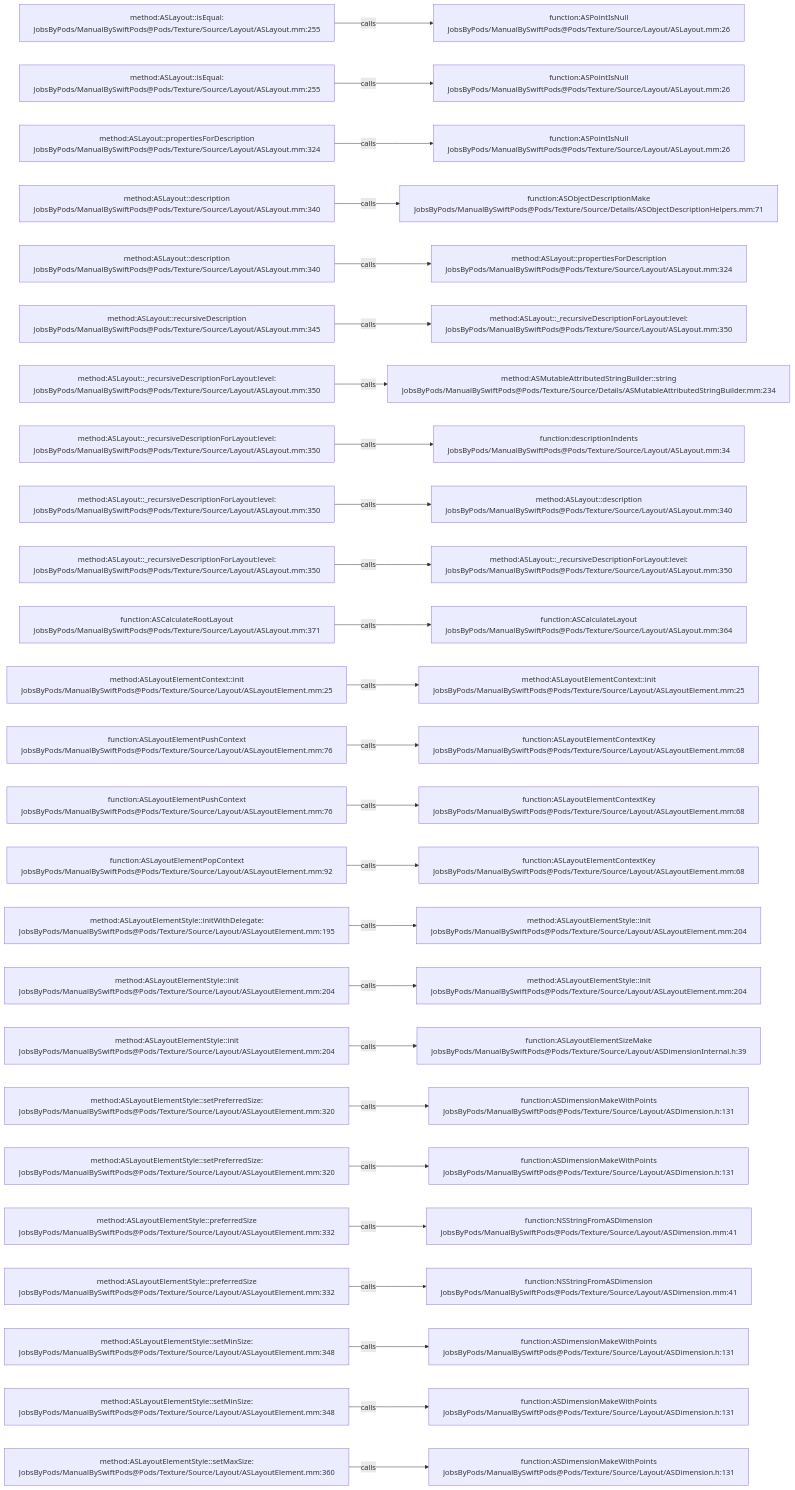
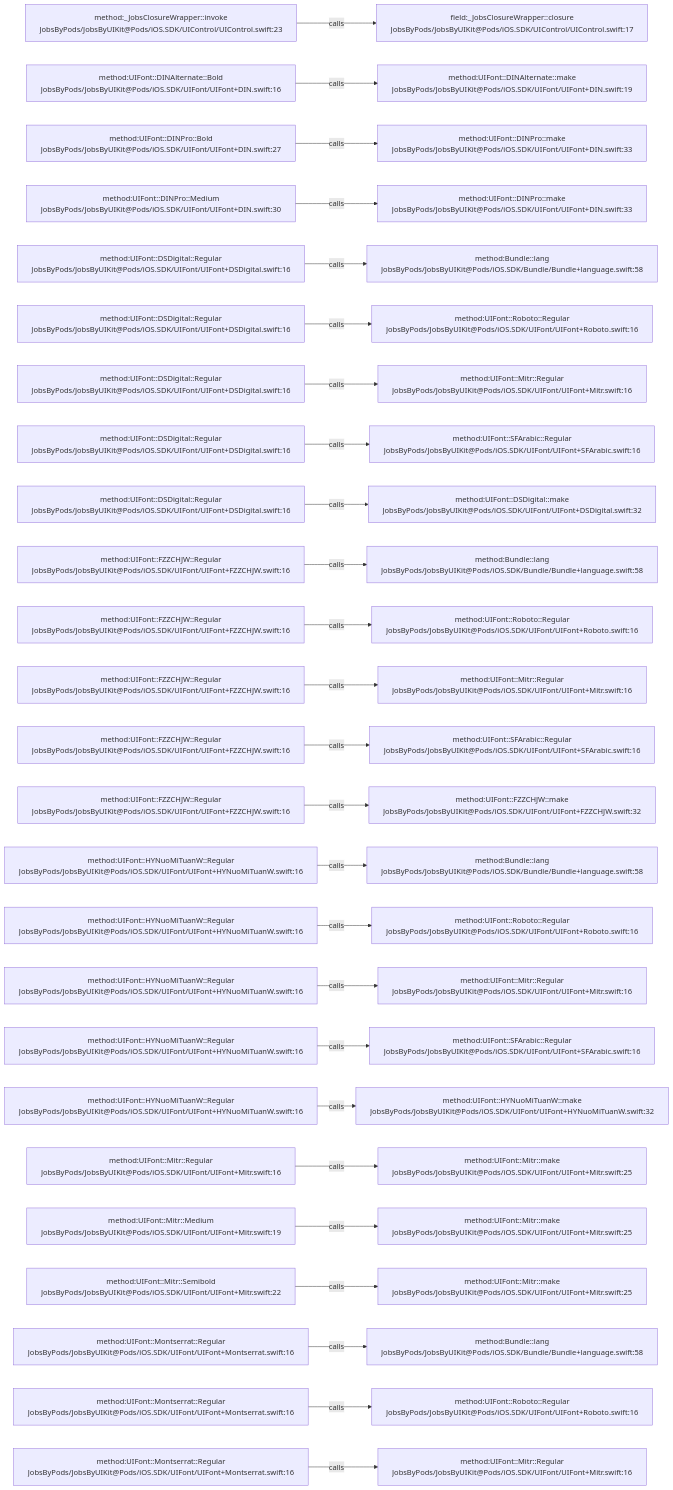
Before and after one commit to JobsKits/JobsSwiftBaseConfigDemo: the diagram in .codegraph/codegraph.md/graphs/calls-109.md, drawn with Mermaid. The commit also changed 224 other files, not shown here.

````diff
--- a/.codegraph/codegraph.md/graphs/calls-109.md
+++ b/.codegraph/codegraph.md/graphs/calls-109.md
@@ -13,78 +13,78 @@
 ```mermaid
 flowchart LR
-  S1["method:ASLayout::isEqual:<br/>JobsByPods/ManualBySwiftPods@Pods/Texture/Source/Layout/ASLayout.mm:255"]
-  T1["function:ASPointIsNull<br/>JobsByPods/ManualBySwiftPods@Pods/Texture/Source/Layout/ASLayout.mm:26"]
+  S1["method:_JobsClosureWrapper::invoke<br/>JobsByPods/JobsByUIKit@Pods/iOS.SDK/UIControl/UIControl.swift:23"]
+  T1["field:_JobsClosureWrapper::closure<br/>JobsByPods/JobsByUIKit@Pods/iOS.SDK/UIControl/UIControl.swift:17"]
   S1 -->|calls| T1
-  S2["method:ASLayout::isEqual:<br/>JobsByPods/ManualBySwiftPods@Pods/Texture/Source/Layout/ASLayout.mm:255"]
-  T2["function:ASPointIsNull<br/>JobsByPods/ManualBySwiftPods@Pods/Texture/Source/Layout/ASLayout.mm:26"]
+  S2["method:UIFont::DINAlternate::Bold<br/>JobsByPods/JobsByUIKit@Pods/iOS.SDK/UIFont/UIFont+DIN.swift:16"]
+  T2["method:UIFont::DINAlternate::make<br/>JobsByPods/JobsByUIKit@Pods/iOS.SDK/UIFont/UIFont+DIN.swift:19"]
   S2 -->|calls| T2
-  S3["method:ASLayout::propertiesForDescription<br/>JobsByPods/ManualBySwiftPods@Pods/Texture/Source/Layout/ASLayout.mm:324"]
-  T3["function:ASPointIsNull<br/>JobsByPods/ManualBySwiftPods@Pods/Texture/Source/Layout/ASLayout.mm:26"]
+  S3["method:UIFont::DINPro::Bold<br/>JobsByPods/JobsByUIKit@Pods/iOS.SDK/UIFont/UIFont+DIN.swift:27"]
+  T3["method:UIFont::DINPro::make<br/>JobsByPods/JobsByUIKit@Pods/iOS.SDK/UIFont/UIFont+DIN.swift:33"]
   S3 -->|calls| T3
-  S4["method:ASLayout::description<br/>JobsByPods/ManualBySwiftPods@Pods/Texture/Source/Layout/ASLayout.mm:340"]
-  T4["function:ASObjectDescriptionMake<br/>JobsByPods/ManualBySwiftPods@Pods/Texture/Source/Details/ASObjectDescriptionHelpers.mm:71"]
+  S4["method:UIFont::DINPro::Medium<br/>JobsByPods/JobsByUIKit@Pods/iOS.SDK/UIFont/UIFont+DIN.swift:30"]
+  T4["method:UIFont::DINPro::make<br/>JobsByPods/JobsByUIKit@Pods/iOS.SDK/UIFont/UIFont+DIN.swift:33"]
   S4 -->|calls| T4
-  S5["method:ASLayout::description<br/>JobsByPods/ManualBySwiftPods@Pods/Texture/Source/Layout/ASLayout.mm:340"]
-  T5["method:ASLayout::propertiesForDescription<br/>JobsByPods/ManualBySwiftPods@Pods/Texture/Source/Layout/ASLayout.mm:324"]
+  S5["method:UIFont::DSDigital::Regular<br/>JobsByPods/JobsByUIKit@Pods/iOS.SDK/UIFont/UIFont+DSDigital.swift:16"]
+  T5["method:Bundle::lang<br/>JobsByPods/JobsByUIKit@Pods/iOS.SDK/Bundle/Bundle+language.swift:58"]
   S5 -->|calls| T5
-  S6["method:ASLayout::recursiveDescription<br/>JobsByPods/ManualBySwiftPods@Pods/Texture/Source/Layout/ASLayout.mm:345"]
-  T6["method:ASLayout::_recursiveDescriptionForLayout:level:<br/>JobsByPods/ManualBySwiftPods@Pods/Texture/Source/Layout/ASLayout.mm:350"]
+  S6["method:UIFont::DSDigital::Regular<br/>JobsByPods/JobsByUIKit@Pods/iOS.SDK/UIFont/UIFont+DSDigital.swift:16"]
+  T6["method:UIFont::Roboto::Regular<br/>JobsByPods/JobsByUIKit@Pods/iOS.SDK/UIFont/UIFont+Roboto.swift:16"]
   S6 -->|calls| T6
-  S7["method:ASLayout::_recursiveDescriptionForLayout:level:<br/>JobsByPods/ManualBySwiftPods@Pods/Texture/Source/Layout/ASLayout.mm:350"]
-  T7["method:ASMutableAttributedStringBuilder::string<br/>JobsByPods/ManualBySwiftPods@Pods/Texture/Source/Details/ASMutableAttributedStringBuilder.mm:234"]
+  S7["method:UIFont::DSDigital::Regular<br/>JobsByPods/JobsByUIKit@Pods/iOS.SDK/UIFont/UIFont+DSDigital.swift:16"]
+  T7["method:UIFont::Mitr::Regular<br/>JobsByPods/JobsByUIKit@Pods/iOS.SDK/UIFont/UIFont+Mitr.swift:16"]
   S7 -->|calls| T7
-  S8["method:ASLayout::_recursiveDescriptionForLayout:level:<br/>JobsByPods/ManualBySwiftPods@Pods/Texture/Source/Layout/ASLayout.mm:350"]
-  T8["function:descriptionIndents<br/>JobsByPods/ManualBySwiftPods@Pods/Texture/Source/Layout/ASLayout.mm:34"]
+  S8["method:UIFont::DSDigital::Regular<br/>JobsByPods/JobsByUIKit@Pods/iOS.SDK/UIFont/UIFont+DSDigital.swift:16"]
+  T8["method:UIFont::SFArabic::Regular<br/>JobsByPods/JobsByUIKit@Pods/iOS.SDK/UIFont/UIFont+SFArabic.swift:16"]
   S8 -->|calls| T8
-  S9["method:ASLayout::_recursiveDescriptionForLayout:level:<br/>JobsByPods/ManualBySwiftPods@Pods/Texture/Source/Layout/ASLayout.mm:350"]
-  T9["method:ASLayout::description<br/>JobsByPods/ManualBySwiftPods@Pods/Texture/Source/Layout/ASLayout.mm:340"]
+  S9["method:UIFont::DSDigital::Regular<br/>JobsByPods/JobsByUIKit@Pods/iOS.SDK/UIFont/UIFont+DSDigital.swift:16"]
+  T9["method:UIFont::DSDigital::make<br/>JobsByPods/JobsByUIKit@Pods/iOS.SDK/UIFont/UIFont+DSDigital.swift:32"]
   S9 -->|calls| T9
-  S10["method:ASLayout::_recursiveDescriptionForLayout:level:<br/>JobsByPods/ManualBySwiftPods@Pods/Texture/Source/Layout/ASLayout.mm:350"]
-  T10["method:ASLayout::_recursiveDescriptionForLayout:level:<br/>JobsByPods/ManualBySwiftPods@Pods/Texture/Source/Layout/ASLayout.mm:350"]
+  S10["method:UIFont::FZZCHJW::Regular<br/>JobsByPods/JobsByUIKit@Pods/iOS.SDK/UIFont/UIFont+FZZCHJW.swift:16"]
+  T10["method:Bundle::lang<br/>JobsByPods/JobsByUIKit@Pods/iOS.SDK/Bundle/Bundle+language.swift:58"]
   S10 -->|calls| T10
-  S11["function:ASCalculateRootLayout<br/>JobsByPods/ManualBySwiftPods@Pods/Texture/Source/Layout/ASLayout.mm:371"]
-  T11["function:ASCalculateLayout<br/>JobsByPods/ManualBySwiftPods@Pods/Texture/Source/Layout/ASLayout.mm:364"]
+  S11["method:UIFont::FZZCHJW::Regular<br/>JobsByPods/JobsByUIKit@Pods/iOS.SDK/UIFont/UIFont+FZZCHJW.swift:16"]
+  T11["method:UIFont::Roboto::Regular<br/>JobsByPods/JobsByUIKit@Pods/iOS.SDK/UIFont/UIFont+Roboto.swift:16"]
   S11 -->|calls| T11
-  S12["method:ASLayoutElementContext::init<br/>JobsByPods/ManualBySwiftPods@Pods/Texture/Source/Layout/ASLayoutElement.mm:25"]
-  T12["method:ASLayoutElementContext::init<br/>JobsByPods/ManualBySwiftPods@Pods/Texture/Source/Layout/ASLayoutElement.mm:25"]
+  S12["method:UIFont::FZZCHJW::Regular<br/>JobsByPods/JobsByUIKit@Pods/iOS.SDK/UIFont/UIFont+FZZCHJW.swift:16"]
+  T12["method:UIFont::Mitr::Regular<br/>JobsByPods/JobsByUIKit@Pods/iOS.SDK/UIFont/UIFont+Mitr.swift:16"]
   S12 -->|calls| T12
-  S13["function:ASLayoutElementPushContext<br/>JobsByPods/ManualBySwiftPods@Pods/Texture/Source/Layout/ASLayoutElement.mm:76"]
-  T13["function:ASLayoutElementContextKey<br/>JobsByPods/ManualBySwiftPods@Pods/Texture/Source/Layout/ASLayoutElement.mm:68"]
+  S13["method:UIFont::FZZCHJW::Regular<br/>JobsByPods/JobsByUIKit@Pods/iOS.SDK/UIFont/UIFont+FZZCHJW.swift:16"]
+  T13["method:UIFont::SFArabic::Regular<br/>JobsByPods/JobsByUIKit@Pods/iOS.SDK/UIFont/UIFont+SFArabic.swift:16"]
   S13 -->|calls| T13
-  S14["function:ASLayoutElementPushContext<br/>JobsByPods/ManualBySwiftPods@Pods/Texture/Source/Layout/ASLayoutElement.mm:76"]
-  T14["function:ASLayoutElementContextKey<br/>JobsByPods/ManualBySwiftPods@Pods/Texture/Source/Layout/ASLayoutElement.mm:68"]
+  S14["method:UIFont::FZZCHJW::Regular<br/>JobsByPods/JobsByUIKit@Pods/iOS.SDK/UIFont/UIFont+FZZCHJW.swift:16"]
+  T14["method:UIFont::FZZCHJW::make<br/>JobsByPods/JobsByUIKit@Pods/iOS.SDK/UIFont/UIFont+FZZCHJW.swift:32"]
   S14 -->|calls| T14
-  S15["function:ASLayoutElementPopContext<br/>JobsByPods/ManualBySwiftPods@Pods/Texture/Source/Layout/ASLayoutElement.mm:92"]
-  T15["function:ASLayoutElementContextKey<br/>JobsByPods/ManualBySwiftPods@Pods/Texture/Source/Layout/ASLayoutElement.mm:68"]
+  S15["method:UIFont::HYNuoMiTuanW::Regular<br/>JobsByPods/JobsByUIKit@Pods/iOS.SDK/UIFont/UIFont+HYNuoMiTuanW.swift:16"]
+  T15["method:Bundle::lang<br/>JobsByPods/JobsByUIKit@Pods/iOS.SDK/Bundle/Bundle+language.swift:58"]
   S15 -->|calls| T15
-  S16["method:ASLayoutElementStyle::initWithDelegate:<br/>JobsByPods/ManualBySwiftPods@Pods/Texture/Source/Layout/ASLayoutElement.mm:195"]
-  T16["method:ASLayoutElementStyle::init<br/>JobsByPods/ManualBySwiftPods@Pods/Texture/Source/Layout/ASLayoutElement.mm:204"]
+  S16["method:UIFont::HYNuoMiTuanW::Regular<br/>JobsByPods/JobsByUIKit@Pods/iOS.SDK/UIFont/UIFont+HYNuoMiTuanW.swift:16"]
+  T16["method:UIFont::Roboto::Regular<br/>JobsByPods/JobsByUIKit@Pods/iOS.SDK/UIFont/UIFont+Roboto.swift:16"]
   S16 -->|calls| T16
-  S17["method:ASLayoutElementStyle::init<br/>JobsByPods/ManualBySwiftPods@Pods/Texture/Source/Layout/ASLayoutElement.mm:204"]
-  T17["method:ASLayoutElementStyle::init<br/>JobsByPods/ManualBySwiftPods@Pods/Texture/Source/Layout/ASLayoutElement.mm:204"]
+  S17["method:UIFont::HYNuoMiTuanW::Regular<br/>JobsByPods/JobsByUIKit@Pods/iOS.SDK/UIFont/UIFont+HYNuoMiTuanW.swift:16"]
+  T17["method:UIFont::Mitr::Regular<br/>JobsByPods/JobsByUIKit@Pods/iOS.SDK/UIFont/UIFont+Mitr.swift:16"]
   S17 -->|calls| T17
-  S18["method:ASLayoutElementStyle::init<br/>JobsByPods/ManualBySwiftPods@Pods/Texture/Source/Layout/ASLayoutElement.mm:204"]
-  T18["function:ASLayoutElementSizeMake<br/>JobsByPods/ManualBySwiftPods@Pods/Texture/Source/Layout/ASDimensionInternal.h:39"]
+  S18["method:UIFont::HYNuoMiTuanW::Regular<br/>JobsByPods/JobsByUIKit@Pods/iOS.SDK/UIFont/UIFont+HYNuoMiTuanW.swift:16"]
+  T18["method:UIFont::SFArabic::Regular<br/>JobsByPods/JobsByUIKit@Pods/iOS.SDK/UIFont/UIFont+SFArabic.swift:16"]
   S18 -->|calls| T18
-  S19["method:ASLayoutElementStyle::setPreferredSize:<br/>JobsByPods/ManualBySwiftPods@Pods/Texture/Source/Layout/ASLayoutElement.mm:320"]
-  T19["function:ASDimensionMakeWithPoints<br/>JobsByPods/ManualBySwiftPods@Pods/Texture/Source/Layout/ASDimension.h:131"]
+  S19["method:UIFont::HYNuoMiTuanW::Regular<br/>JobsByPods/JobsByUIKit@Pods/iOS.SDK/UIFont/UIFont+HYNuoMiTuanW.swift:16"]
+  T19["method:UIFont::HYNuoMiTuanW::make<br/>JobsByPods/JobsByUIKit@Pods/iOS.SDK/UIFont/UIFont+HYNuoMiTuanW.swift:32"]
   S19 -->|calls| T19
-  S20["method:ASLayoutElementStyle::setPreferredSize:<br/>JobsByPods/ManualBySwiftPods@Pods/Texture/Source/Layout/ASLayoutElement.mm:320"]
-  T20["function:ASDimensionMakeWithPoints<br/>JobsByPods/ManualBySwiftPods@Pods/Texture/Source/Layout/ASDimension.h:131"]
+  S20["method:UIFont::Mitr::Regular<br/>JobsByPods/JobsByUIKit@Pods/iOS.SDK/UIFont/UIFont+Mitr.swift:16"]
+  T20["method:UIFont::Mitr::make<br/>JobsByPods/JobsByUIKit@Pods/iOS.SDK/UIFont/UIFont+Mitr.swift:25"]
   S20 -->|calls| T20
-  S21["method:ASLayoutElementStyle::preferredSize<br/>JobsByPods/ManualBySwiftPods@Pods/Texture/Source/Layout/ASLayoutElement.mm:332"]
-  T21["function:NSStringFromASDimension<br/>JobsByPods/ManualBySwiftPods@Pods/Texture/Source/Layout/ASDimension.mm:41"]
+  S21["method:UIFont::Mitr::Medium<br/>JobsByPods/JobsByUIKit@Pods/iOS.SDK/UIFont/UIFont+Mitr.swift:19"]
+  T21["method:UIFont::Mitr::make<br/>JobsByPods/JobsByUIKit@Pods/iOS.SDK/UIFont/UIFont+Mitr.swift:25"]
   S21 -->|calls| T21
-  S22["method:ASLayoutElementStyle::preferredSize<br/>JobsByPods/ManualBySwiftPods@Pods/Texture/Source/Layout/ASLayoutElement.mm:332"]
-  T22["function:NSStringFromASDimension<br/>JobsByPods/ManualBySwiftPods@Pods/Texture/Source/Layout/ASDimension.mm:41"]
+  S22["method:UIFont::Mitr::Semibold<br/>JobsByPods/JobsByUIKit@Pods/iOS.SDK/UIFont/UIFont+Mitr.swift:22"]
+  T22["method:UIFont::Mitr::make<br/>JobsByPods/JobsByUIKit@Pods/iOS.SDK/UIFont/UIFont+Mitr.swift:25"]
   S22 -->|calls| T22
-  S23["method:ASLayoutElementStyle::setMinSize:<br/>JobsByPods/ManualBySwiftPods@Pods/Texture/Source/Layout/ASLayoutElement.mm:348"]
-  T23["function:ASDimensionMakeWithPoints<br/>JobsByPods/ManualBySwiftPods@Pods/Texture/Source/Layout/ASDimension.h:131"]
+  S23["method:UIFont::Montserrat::Regular<br/>JobsByPods/JobsByUIKit@Pods/iOS.SDK/UIFont/UIFont+Montserrat.swift:16"]
+  T23["method:Bundle::lang<br/>JobsByPods/JobsByUIKit@Pods/iOS.SDK/Bundle/Bundle+language.swift:58"]
   S23 -->|calls| T23
-  S24["method:ASLayoutElementStyle::setMinSize:<br/>JobsByPods/ManualBySwiftPods@Pods/Texture/Source/Layout/ASLayoutElement.mm:348"]
-  T24["function:ASDimensionMakeWithPoints<br/>JobsByPods/ManualBySwiftPods@Pods/Texture/Source/Layout/ASDimension.h:131"]
+  S24["method:UIFont::Montserrat::Regular<br/>JobsByPods/JobsByUIKit@Pods/iOS.SDK/UIFont/UIFont+Montserrat.swift:16"]
+  T24["method:UIFont::Roboto::Regular<br/>JobsByPods/JobsByUIKit@Pods/iOS.SDK/UIFont/UIFont+Roboto.swift:16"]
   S24 -->|calls| T24
-  S25["method:ASLayoutElementStyle::setMaxSize:<br/>JobsByPods/ManualBySwiftPods@Pods/Texture/Source/Layout/ASLayoutElement.mm:360"]
-  T25["function:ASDimensionMakeWithPoints<br/>JobsByPods/ManualBySwiftPods@Pods/Texture/Source/Layout/ASDimension.h:131"]
+  S25["method:UIFont::Montserrat::Regular<br/>JobsByPods/JobsByUIKit@Pods/iOS.SDK/UIFont/UIFont+Montserrat.swift:16"]
+  T25["method:UIFont::Mitr::Regular<br/>JobsByPods/JobsByUIKit@Pods/iOS.SDK/UIFont/UIFont+Mitr.swift:16"]
   S25 -->|calls| T25
 ```
````
